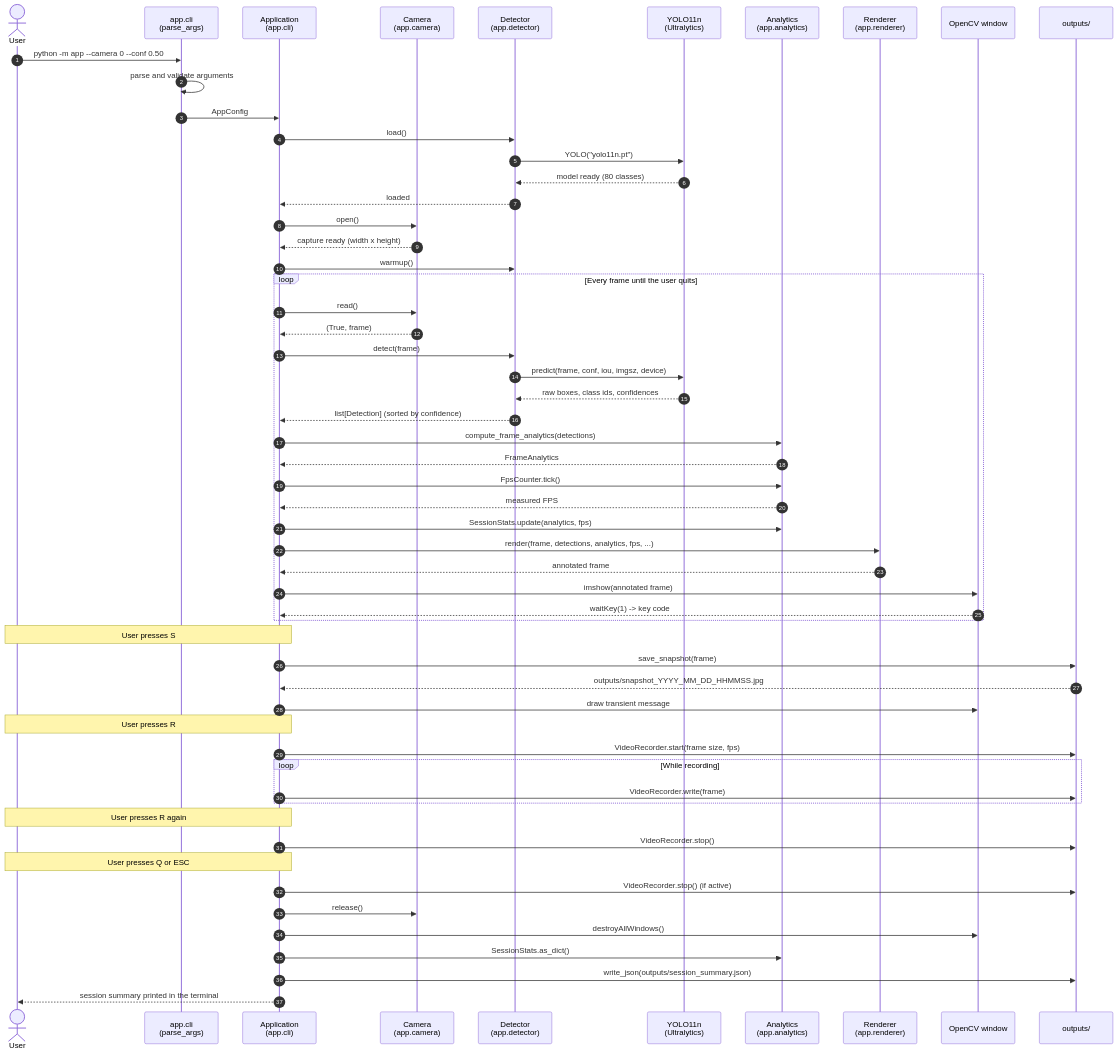
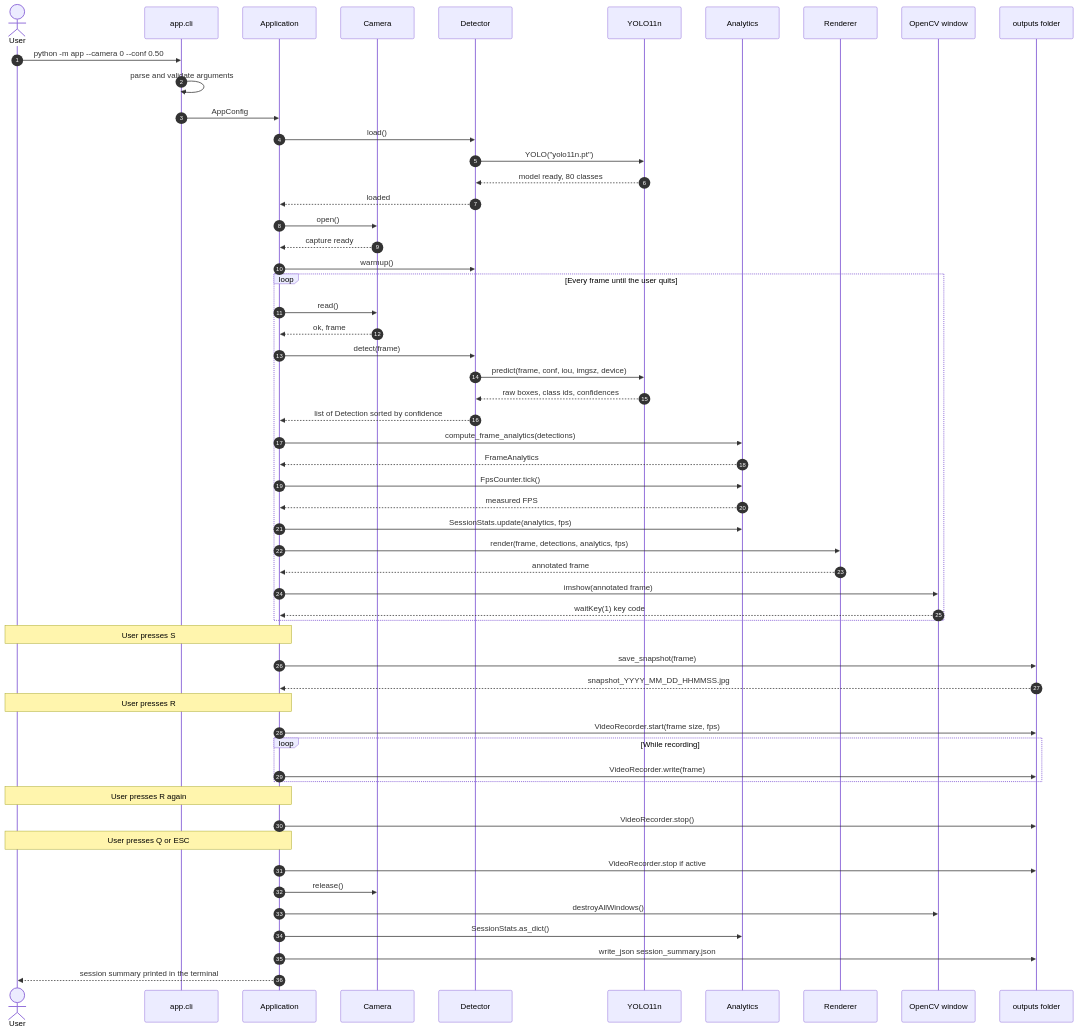
The diagram in docs/diagrams/sequence.mmd (Abhijai10/real-time-object-detection-yolo11), drawn with Mermaid before and after one commit. The commit also changed 6 other files, not shown here.

First line of the commit message:
Make the program name adaptive, and harden the Mermaid diagrams

```diff
--- a/docs/diagrams/sequence.mmd
+++ b/docs/diagrams/sequence.mmd
@@ -1,62 +1,61 @@
 sequenceDiagram
     autonumber
     actor User
-    participant CLI as app.cli<br/>(parse_args)
-    participant App as Application<br/>(app.cli)
-    participant Cam as Camera<br/>(app.camera)
-    participant Det as Detector<br/>(app.detector)
-    participant YOLO as YOLO11n<br/>(Ultralytics)
-    participant Ana as Analytics<br/>(app.analytics)
-    participant Ren as Renderer<br/>(app.renderer)
+    participant CLI as app.cli
+    participant App as Application
+    participant Cam as Camera
+    participant Det as Detector
+    participant YOLO as YOLO11n
+    participant Ana as Analytics
+    participant Ren as Renderer
     participant Win as OpenCV window
-    participant FS as outputs/
+    participant FS as outputs folder
 
     User->>CLI: python -m app --camera 0 --conf 0.50
     CLI->>CLI: parse and validate arguments
     CLI->>App: AppConfig
     App->>Det: load()
     Det->>YOLO: YOLO("yolo11n.pt")
-    YOLO-->>Det: model ready (80 classes)
+    YOLO-->>Det: model ready, 80 classes
     Det-->>App: loaded
     App->>Cam: open()
-    Cam-->>App: capture ready (width x height)
+    Cam-->>App: capture ready
     App->>Det: warmup()
 
     loop Every frame until the user quits
         App->>Cam: read()
-        Cam-->>App: (True, frame)
+        Cam-->>App: ok, frame
         App->>Det: detect(frame)
         Det->>YOLO: predict(frame, conf, iou, imgsz, device)
         YOLO-->>Det: raw boxes, class ids, confidences
-        Det-->>App: list[Detection] (sorted by confidence)
+        Det-->>App: list of Detection sorted by confidence
         App->>Ana: compute_frame_analytics(detections)
         Ana-->>App: FrameAnalytics
         App->>Ana: FpsCounter.tick()
         Ana-->>App: measured FPS
         App->>Ana: SessionStats.update(analytics, fps)
-        App->>Ren: render(frame, detections, analytics, fps, ...)
+        App->>Ren: render(frame, detections, analytics, fps)
         Ren-->>App: annotated frame
         App->>Win: imshow(annotated frame)
-        Win-->>App: waitKey(1) -> key code
+        Win-->>App: waitKey(1) key code
     end
 
     Note over App,User: User presses S
     App->>FS: save_snapshot(frame)
-    FS-->>App: outputs/snapshot_YYYY_MM_DD_HHMMSS.jpg
-    App->>Win: draw transient message
+    FS-->>App: snapshot_YYYY_MM_DD_HHMMSS.jpg
 
     Note over App,User: User presses R
     App->>FS: VideoRecorder.start(frame size, fps)
     loop While recording
         App->>FS: VideoRecorder.write(frame)
     end
     Note over App,User: User presses R again
     App->>FS: VideoRecorder.stop()
 
     Note over App,User: User presses Q or ESC
-    App->>FS: VideoRecorder.stop() (if active)
+    App->>FS: VideoRecorder.stop if active
     App->>Cam: release()
     App->>Win: destroyAllWindows()
     App->>Ana: SessionStats.as_dict()
-    App->>FS: write_json(outputs/session_summary.json)
+    App->>FS: write_json session_summary.json
     App-->>User: session summary printed in the terminal
```
